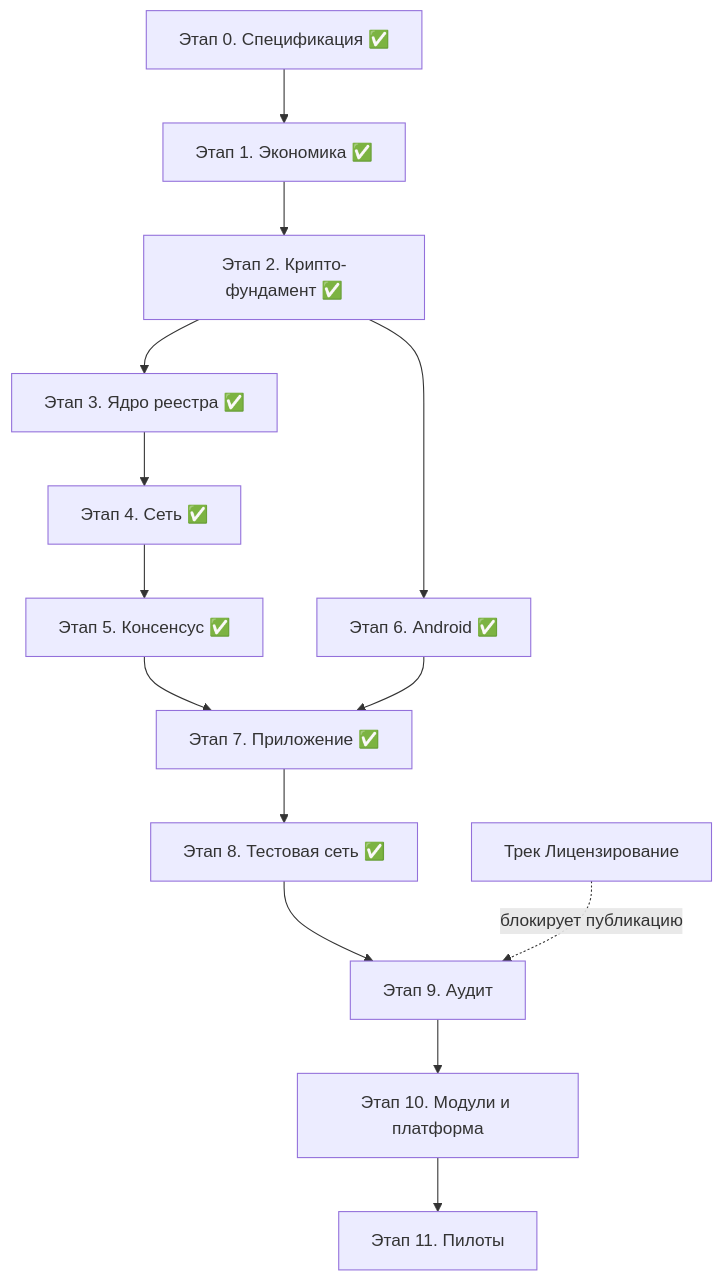
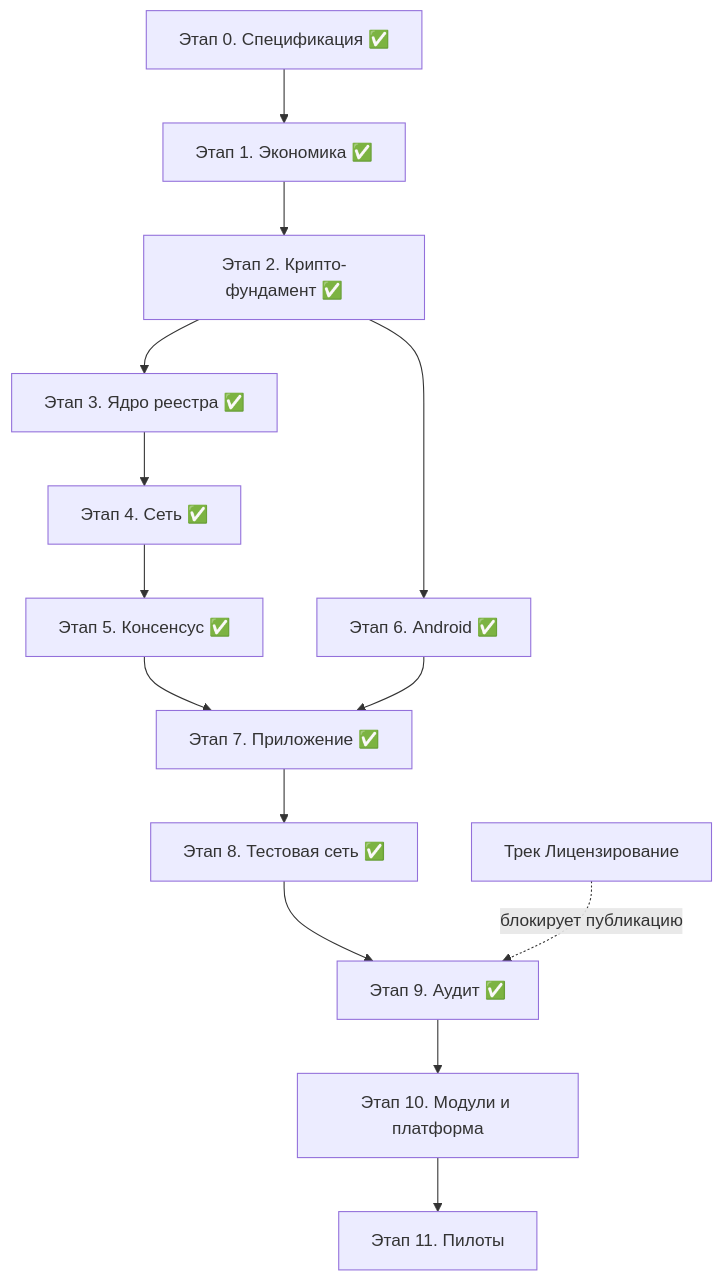
One commit to rumatakira74/equality-trust-networks changed the diagram in docs/development-plan.md. Above: the diagram before and after it, drawn with Mermaid. The commit also changed other lines of this file and 1 other file, not shown here.

Commit message:
План: этап 9 ✅ (аудит — merge 53c4c2d, stage9-decisions — merge fad0dac); промпт этапа 10 «Модули и платформа профилей»; пункт адаптивной комиссии (долг 8.0) в этапе 10

````diff
--- a/docs/development-plan.md
+++ b/docs/development-plan.md
@@ -249,16 +264,16 @@
 ```mermaid
 flowchart TD
     S0["Этап 0. Спецификация ✅"] --> S1["Этап 1. Экономика ✅"]
     S1 --> S2["Этап 2. Крипто-фундамент ✅"]
     S2 --> S3["Этап 3. Ядро реестра ✅"]
     S3 --> S4["Этап 4. Сеть ✅"]
     S4 --> S5["Этап 5. Консенсус ✅"]
     S2 --> S6["Этап 6. Android ✅"]
     S5 --> S7["Этап 7. Приложение ✅"]
     S6 --> S7
     S7 --> S8["Этап 8. Тестовая сеть ✅"]
-    S8 --> S9["Этап 9. Аудит"]
+    S8 --> S9["Этап 9. Аудит ✅"]
     S9 --> S10["Этап 10. Модули и платформа"]
     S10 --> S11["Этап 11. Пилоты"]
     L["Трек Лицензирование"] -. "блокирует публикацию" .-> S9
 ```
````
